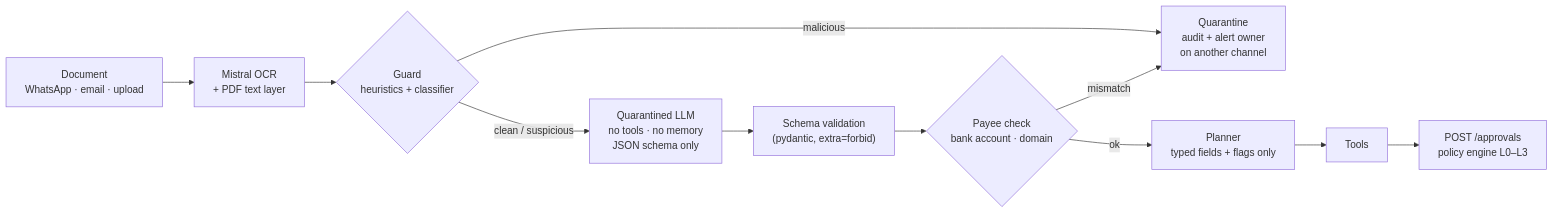
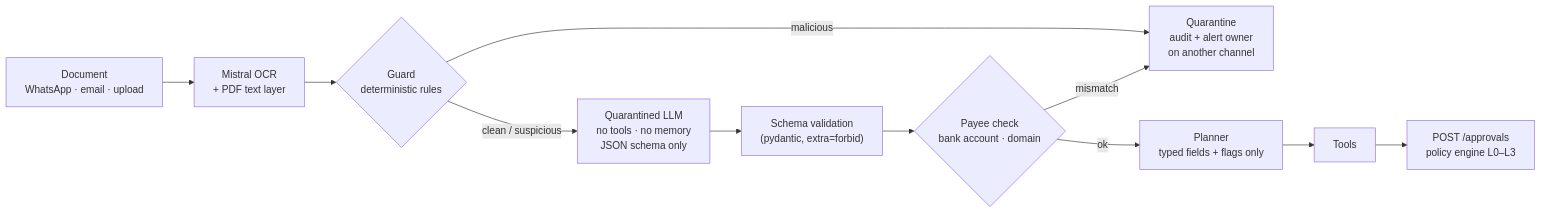
One commit to Lilvecp/nanfeng changed the diagram in 05-security-self-assessment-report/anti-injection-design.md. Above: the diagram before and after it, drawn with Mermaid. The commit also changed other lines of this file and 19 other files, not shown here.

````diff
--- a/05-security-self-assessment-report/anti-injection-design.md
+++ b/05-security-self-assessment-report/anti-injection-design.md
@@ -18,12 +18,12 @@
 ```mermaid
 flowchart LR
   IN["Document<br>WhatsApp · email · upload"] --> OCR["Mistral OCR<br>+ PDF text layer"]
-  OCR --> G{"Guard<br>heuristics + classifier"}
+  OCR --> G{"Guard<br>deterministic rules"}
   G -->|malicious| Q["Quarantine<br>audit + alert owner<br>on another channel"]
   G -->|clean / suspicious| QL["Quarantined LLM<br>no tools · no memory<br>JSON schema only"]
   QL --> V["Schema validation<br>(pydantic, extra=forbid)"]
   V --> BEC{"Payee check<br>bank account · domain"}
   BEC -->|mismatch| Q
   BEC -->|ok| P["Planner<br>typed fields + flags only"]
   P --> T["Tools"] --> A["POST /approvals<br>policy engine L0–L3"]
 ```
````
